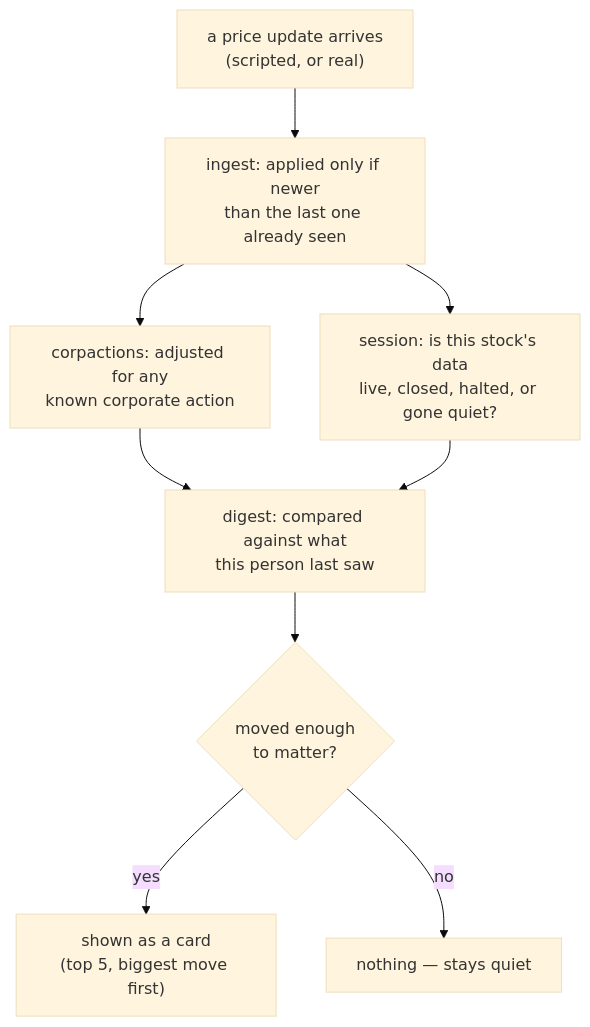
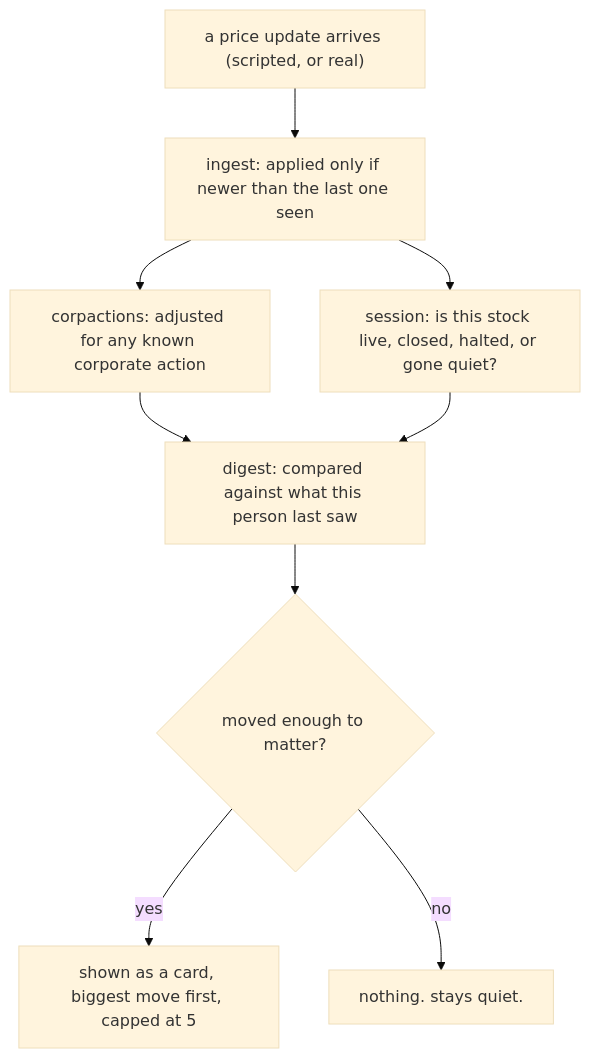
The diagram in README.md (Asha0509/Groww_Hackathon), drawn with Mermaid (base theme) before and after one commit. The commit also changed other lines of this file, not shown here.

````diff
--- a/README.md
+++ b/README.md
@@ -133,11 +247,11 @@
 ```mermaid
 flowchart TD
-    A["a price update arrives<br/>(scripted, or real)"] --> B["ingest: applied only if newer<br/>than the last one already seen"]
-    B --> C["corpactions: adjusted for any<br/>known corporate action"]
-    B --> D["session: is this stock's data<br/>live, closed, halted, or gone quiet?"]
-    C --> E["digest: compared against what<br/>this person last saw"]
+    A["a price update arrives (scripted, or real)"] --> B["ingest: applied only if newer than the last one seen"]
+    B --> C["corpactions: adjusted for any known corporate action"]
+    B --> D["session: is this stock live, closed, halted, or gone quiet?"]
+    C --> E["digest: compared against what this person last saw"]
     D --> E
-    E --> F{"moved enough<br/>to matter?"}
-    F -->|yes| G["shown as a card<br/>(top 5, biggest move first)"]
-    F -->|no| H["nothing — stays quiet"]
+    E --> F{"moved enough to matter?"}
+    F -->|yes| G["shown as a card, biggest move first, capped at 5"]
+    F -->|no| H["nothing. stays quiet."]
 ```
````
